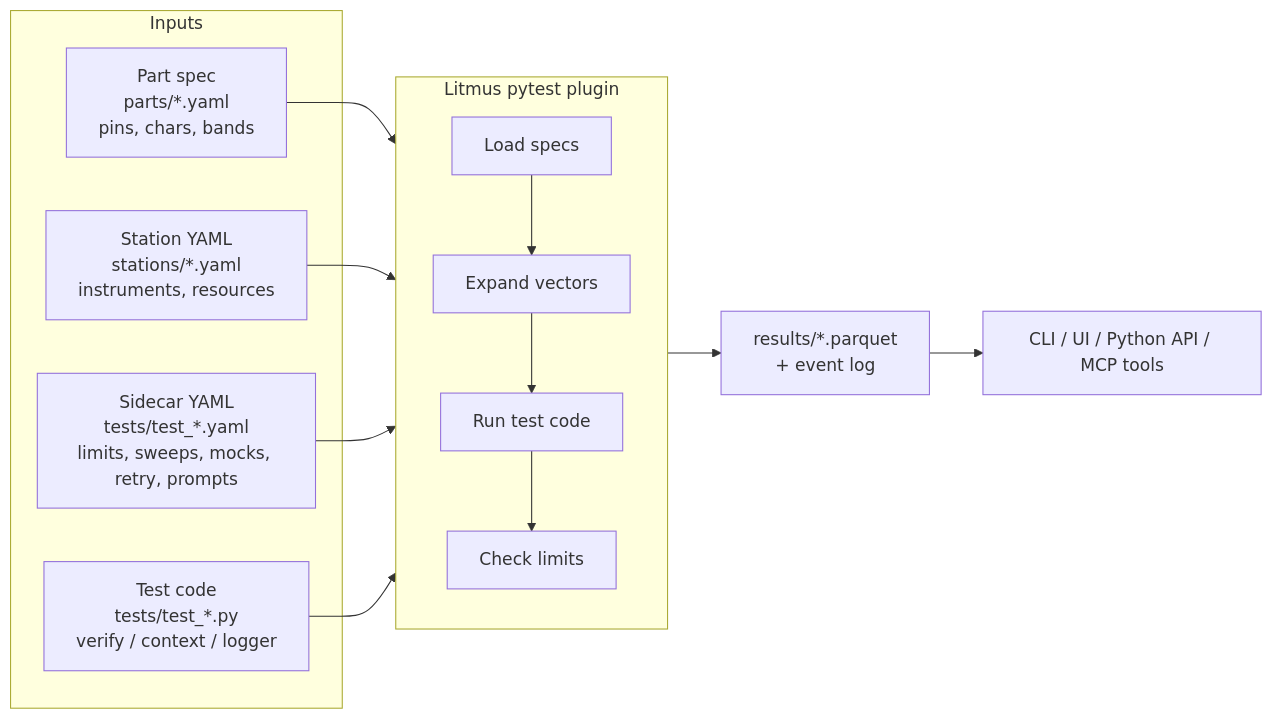
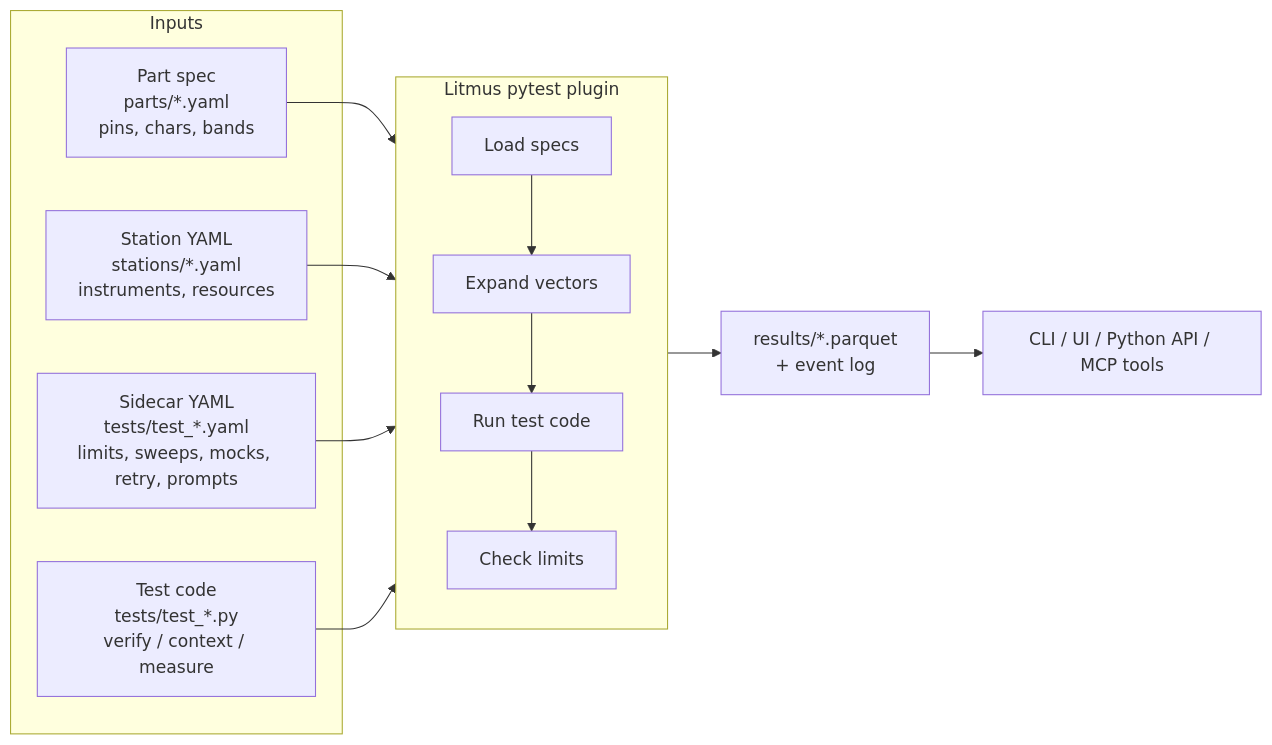
The first of 9 diagrams in docs/concepts/overview/architecture.md (pragmatest-dev/testerkit), drawn with Mermaid before and after one commit. The commit also changed other lines of this file and 31 other files, not shown here.

First line of the commit message:
docs: migrate user-facing logger -> measure verb; drop deleted record refs

````diff
--- a/docs/concepts/overview/architecture.md
+++ b/docs/concepts/overview/architecture.md
@@ -7,23 +7,23 @@
 ```mermaid
 flowchart LR
     subgraph Inputs
         P[Part spec<br/>parts/*.yaml<br/>pins, chars, bands]
         S[Station YAML<br/>stations/*.yaml<br/>instruments, resources]
         SC[Sidecar YAML<br/>tests/test_*.yaml<br/>limits, sweeps, mocks, retry, prompts]
-        T[Test code<br/>tests/test_*.py<br/>verify / context / logger]
+        T[Test code<br/>tests/test_*.py<br/>verify / context / measure]
     end
 
     subgraph Plugin[Litmus pytest plugin]
         L[Load specs] --> EX[Expand vectors]
         EX --> RUN[Run test code]
         RUN --> CHK[Check limits]
     end
 
     P --> Plugin
     S --> Plugin
     SC --> Plugin
     T --> Plugin
 
     Plugin --> O[results/*.parquet<br/>+ event log]
     O --> A[CLI / UI / Python API / MCP tools]
 ```
````
